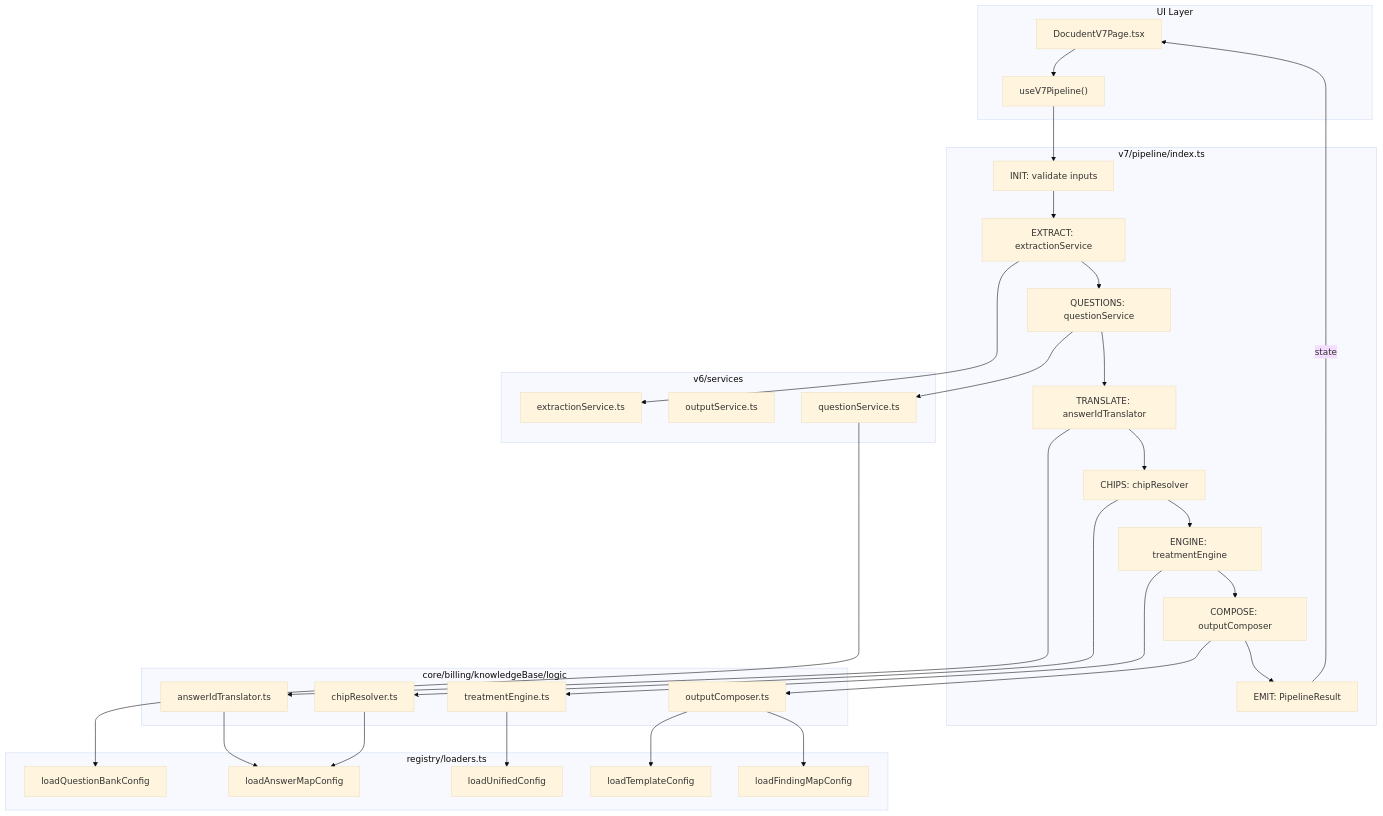
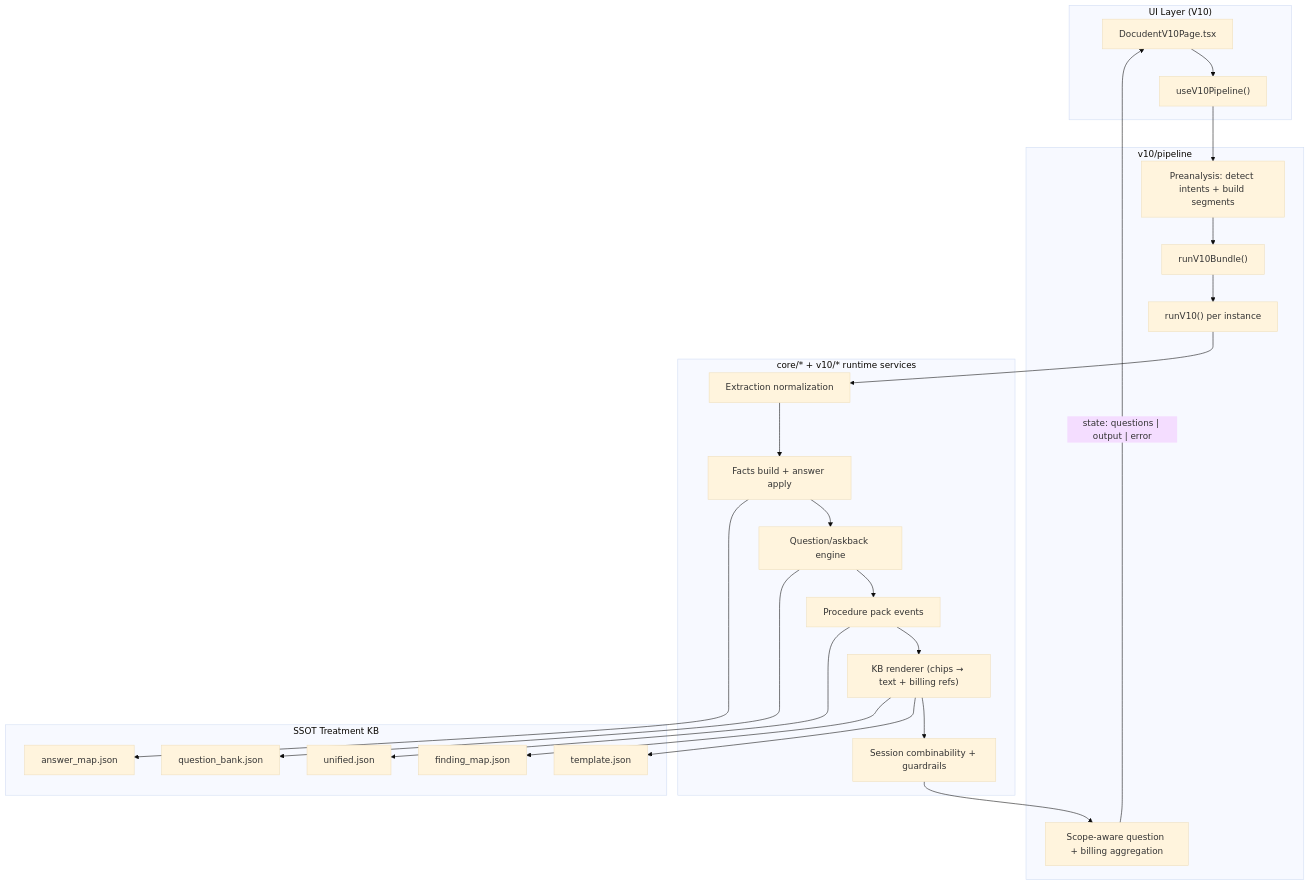
Before and after one commit to dcdelius/zahnarzt-docs-v2: the first of 3 diagrams in src/docudent/ARCHITECTURE.md, drawn with Mermaid (base theme). The commit also changed other lines of this file and 465 other files, not shown here.

Commit message:
feat(v10): ship llm-first hardening, top20 treatment architecture, and hosted readiness

````diff
--- a/src/docudent/ARCHITECTURE.md
+++ b/src/docudent/ARCHITECTURE.md
@@ -5,47 +5,39 @@
 ```mermaid
 flowchart TD
-    subgraph UI["UI Layer"]
-        V7Page["DocudentV7Page.tsx"]
-        Hook["useV7Pipeline()"]
+    subgraph UI["UI Layer (V10)"]
+        Page["DocudentV10Page.tsx"]
+        Hook["useV10Pipeline()"]
     end
 
-    subgraph V7["v7/pipeline/index.ts"]
-        INIT["INIT: validate inputs"]
-        EXTRACT["EXTRACT: extractionService"]
-        QUESTIONS["QUESTIONS: questionService"]
-        TRANSLATE["TRANSLATE: answerIdTranslator"]
-        CHIPS["CHIPS: chipResolver"]
-        ENGINE["ENGINE: treatmentEngine"]
-        COMPOSE["COMPOSE: outputComposer"]
-        EMIT["EMIT: PipelineResult"]
+    subgraph Orchestrator["v10/pipeline"]
+        Pre["Preanalysis: detect intents + build segments"]
+        Bundle["runV10Bundle()"]
+        Single["runV10() per instance"]
+        Merge["Scope-aware question + billing aggregation"]
     end
 
-    subgraph V6["v6/services"]
-        QS["questionService.ts"]
-        OS["outputService.ts"]
-        ES["extractionService.ts"]
+    subgraph Core["core/* + v10/* runtime services"]
+        Extract["Extraction normalization"]
+        Facts["Facts build + answer apply"]
+        Askbacks["Question/askback engine"]
+        Packs["Procedure pack events"]
+        Render["KB renderer (chips → text + billing refs)"]
+        Billing["Session combinability + guardrails"]
     end
 
-    subgraph Core["core/billing/knowledgeBase/logic"]
-        AIT["answerIdTranslator.ts"]
-        CR["chipResolver.ts"]
-        TE["treatmentEngine.ts"]
-        OC["outputComposer.ts"]
+    subgraph KB["SSOT Treatment KB"]
+        Unified["unified.json"]
+        AMap["answer_map.json"]
+        QBank["question_bank.json"]
+        Template["template.json"]
+        Finding["finding_map.json"]
     end
 
-    subgraph Registry["registry/loaders.ts"]
-        LU["loadUnifiedConfig"]
-        LA["loadAnswerMapConfig"]
-        LQ["loadQuestionBankConfig"]
-        LT["loadTemplateConfig"]
-        LF["loadFindingMapConfig"]
-    end
-
-    V7Page --> Hook --> INIT --> EXTRACT --> ES
-    EXTRACT --> QUESTIONS --> QS --> LQ
-    QUESTIONS --> TRANSLATE --> AIT --> LA
-    TRANSLATE --> CHIPS --> CR --> LA
-    CHIPS --> ENGINE --> TE --> LU
-    ENGINE --> COMPOSE --> OC --> LT & LF
-    COMPOSE --> EMIT -->|"state"| V7Page
+    Page --> Hook --> Pre --> Bundle --> Single
+    Single --> Extract --> Facts --> Askbacks --> Packs --> Render --> Billing --> Merge
+    Facts --> AMap
+    Askbacks --> QBank
+    Packs --> Unified
+    Render --> Template & Finding
+    Merge -->|"state: questions | output | error"| Page
 ```
````
